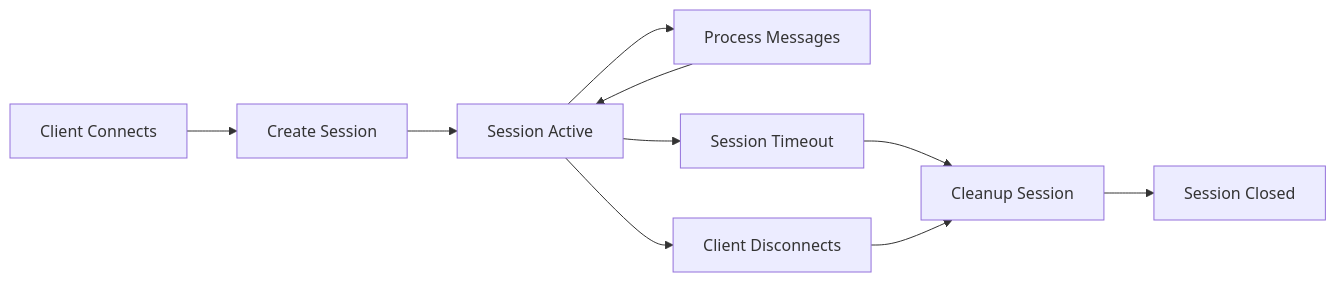
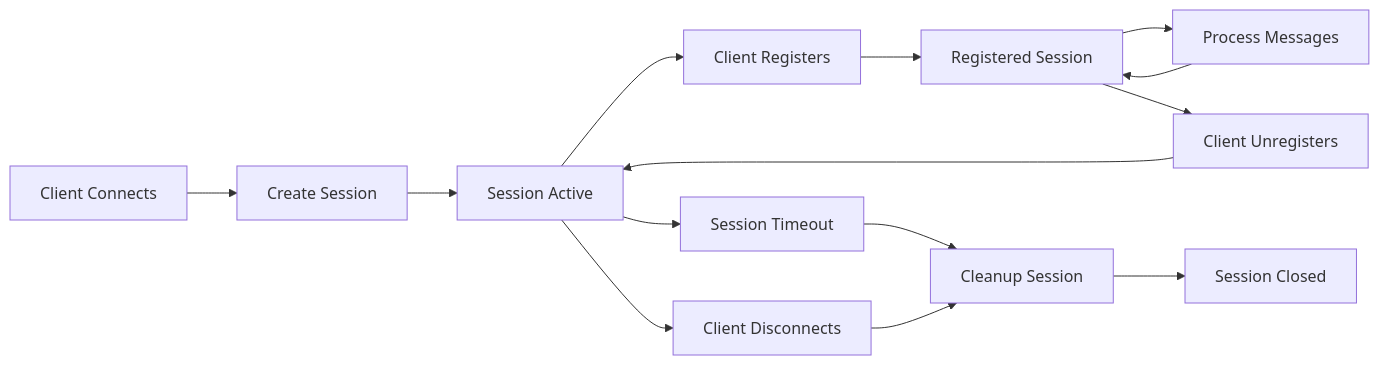
One commit to openagentlabs/keahi_ambient_agent_service changed the fifth of 12 diagrams in docs/signal_manager_service_protocol.md. Above: the diagram before and after it, drawn with Mermaid. The commit also changed other lines of this file and 50 other files, not shown here.

````diff
--- a/docs/signal_manager_service_protocol.md
+++ b/docs/signal_manager_service_protocol.md
@@ -220,12 +507,16 @@
 ```mermaid
 graph LR
     A[Client Connects] --> B[Create Session]
     B --> C[Session Active]
-    C --> D[Process Messages]
-    D --> C
-    C --> E[Session Timeout]
-    C --> F[Client Disconnects]
-    E --> G[Cleanup Session]
-    F --> G
-    G --> H[Session Closed]
+    C --> D[Client Registers]
+    D --> E[Registered Session]
+    E --> F[Process Messages]
+    F --> E
+    E --> G[Client Unregisters]
+    G --> C
+    C --> H[Session Timeout]
+    C --> I[Client Disconnects]
+    H --> J[Cleanup Session]
+    I --> J
+    J --> K[Session Closed]
 ```
````
